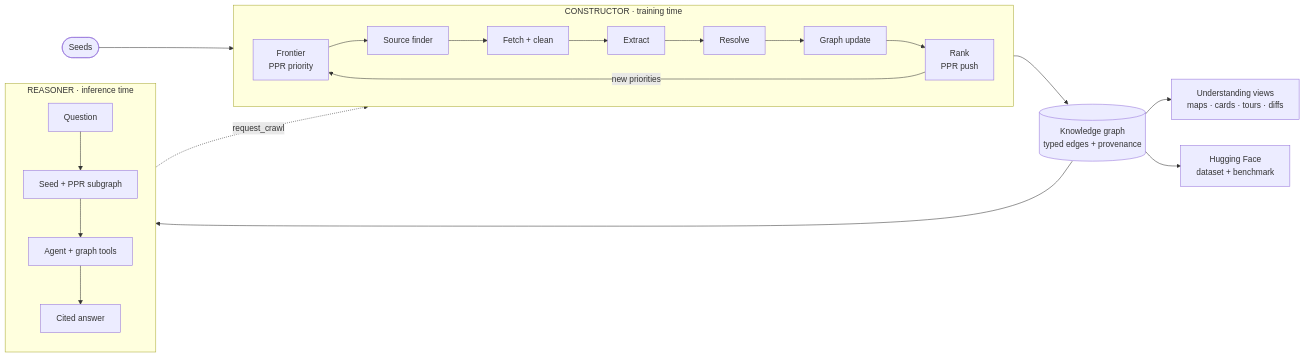
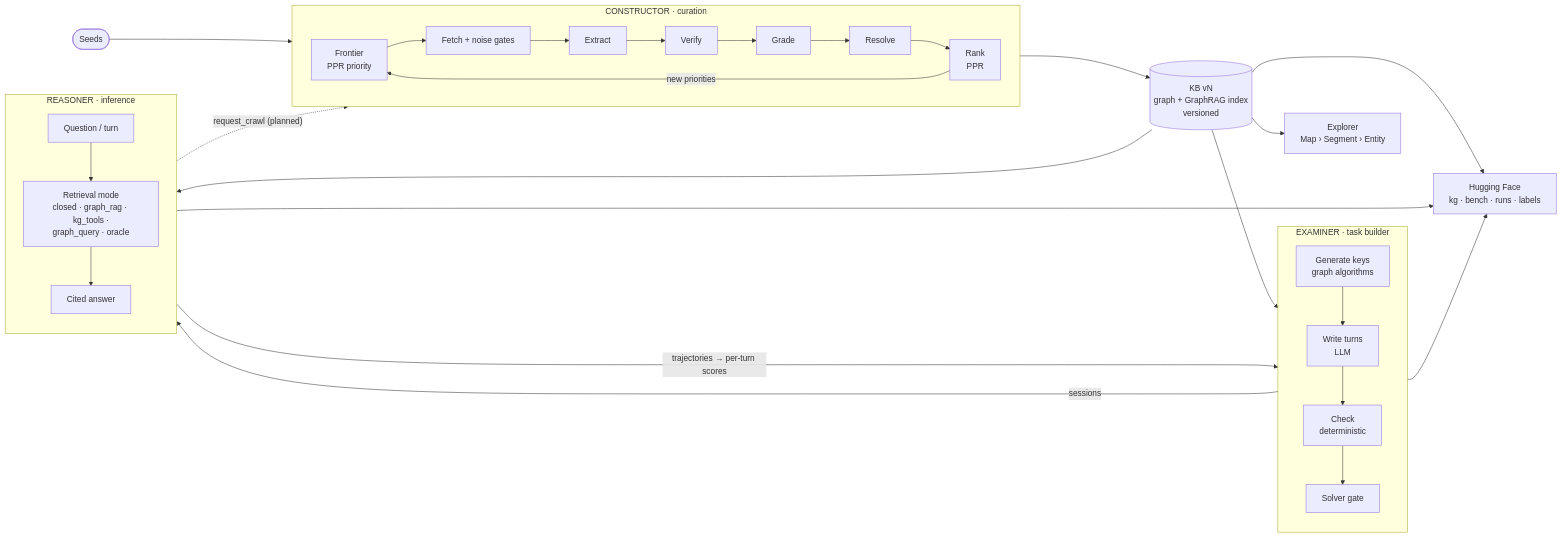
One commit to prabakaranc98/connected-frontiers changed the first of 9 diagrams in docs/DESIGN.md. Above: the diagram before and after it, drawn with Mermaid. The commit also changed other lines of this file and 44 other files, not shown here.

````diff
--- a/docs/DESIGN.md
+++ b/docs/DESIGN.md
@@ -23,23 +25,31 @@
 ```mermaid
 flowchart LR
     S([Seeds]) --> F
 
-    subgraph C["CONSTRUCTOR · training time"]
+    subgraph C["CONSTRUCTOR · curation"]
         direction LR
-        F["Frontier<br/>PPR priority"] --> SF["Source finder"] --> FE["Fetch + clean"]
-        FE --> EX["Extract"] --> RS["Resolve"] --> GU["Graph update"] --> RK["Rank<br/>PPR push"]
+        F["Frontier<br/>PPR priority"] --> FE["Fetch + noise gates"] --> EX["Extract"] --> VE["Verify"]
+        VE --> GR["Grade"] --> ER["Resolve"] --> RK["Rank<br/>PPR"]
         RK -- "new priorities" --> F
     end
 
-    GU --> KG[("Knowledge graph<br/>typed edges + provenance")]
+    ER --> KB[("KB vN<br/>graph + GraphRAG index<br/>versioned")]
 
-    subgraph R["REASONER · inference time"]
+    subgraph X["EXAMINER · task builder"]
         direction TB
-        Q["Question"] --> SP["Seed + PPR subgraph"] --> AG["Agent + graph tools"] --> A["Cited answer"]
+        GE["Generate keys<br/>graph algorithms"] --> WR["Write turns<br/>LLM"] --> CK["Check<br/>deterministic"] --> SG["Solver gate"]
     end
 
-    KG --> SP
-    AG -. "request_crawl" .-> F
-    KG --> U["Understanding views<br/>maps · cards · tours · diffs"]
-    KG --> HF["Hugging Face<br/>dataset + benchmark"]
+    subgraph R["REASONER · inference"]
+        direction TB
+        Q["Question / turn"] --> M["Retrieval mode<br/>closed · graph_rag · kg_tools ·<br/>graph_query · oracle"] --> A["Cited answer"]
+    end
+
+    KB --> GE
+    KB --> M
+    SG -- "sessions" --> Q
+    A -- "trajectories → per-turn scores" --> X
+    A -. "request_crawl (planned)" .-> F
+    KB --> U["Explorer<br/>Map › Segment › Entity"]
+    KB & SG & A --> HF["Hugging Face<br/>kg · bench · runs · labels"]
 ```
````
